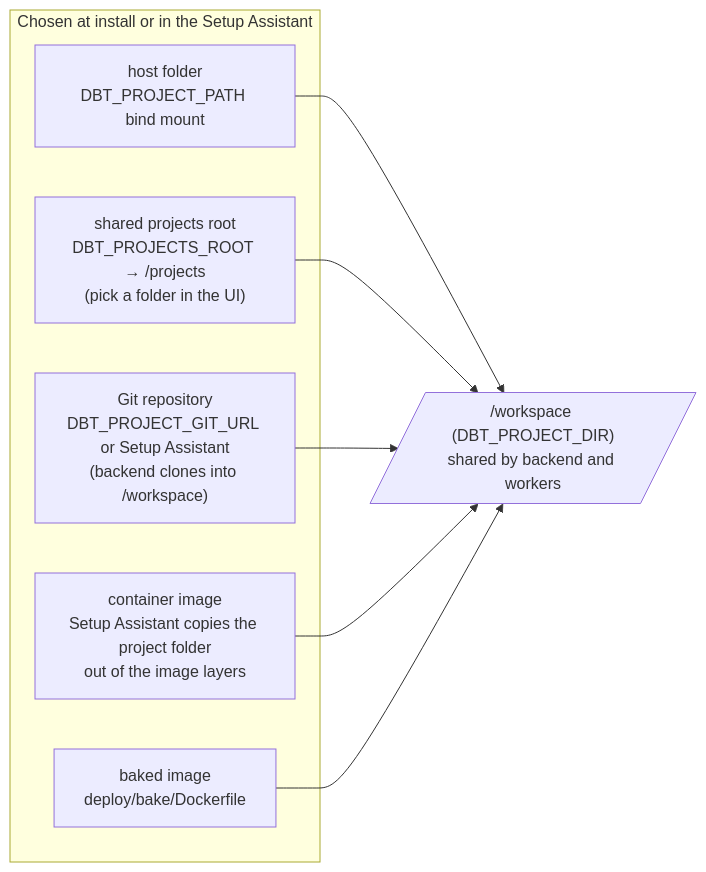
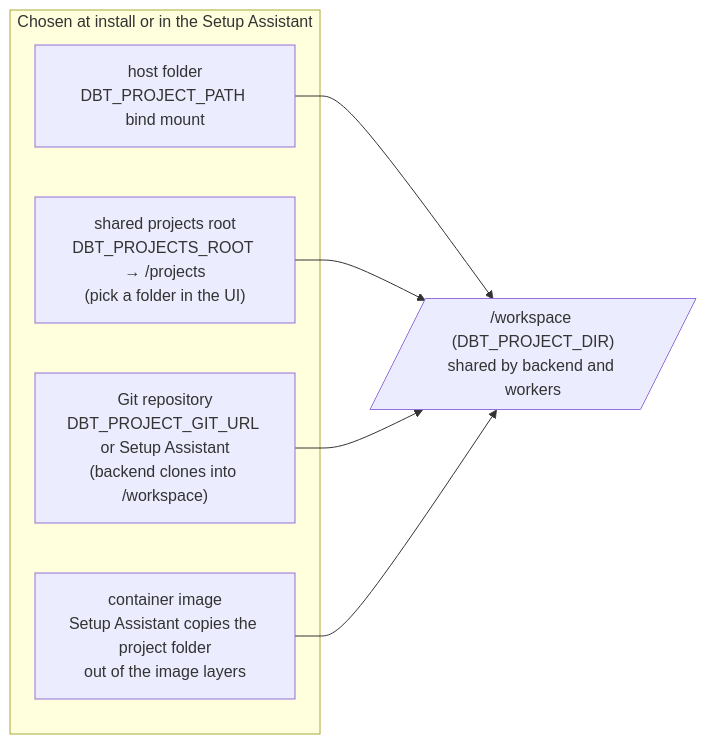
The sixth of 8 diagrams in docs/DEVELOPER_GUIDE.md (omaryehia015/capgemini-dbt-portal-deploy), drawn with Mermaid before and after one commit. The commit also changed other lines of this file and 88 other files, not shown here.

Commit message:
Add client install modes, Helm chart, OCI chart and release automation

````diff
--- a/docs/DEVELOPER_GUIDE.md
+++ b/docs/DEVELOPER_GUIDE.md
@@ -153,12 +195,10 @@
 ```mermaid
 flowchart LR
   subgraph sources["Chosen at install or in the Setup Assistant"]
     A["host folder<br/>DBT_PROJECT_PATH bind mount"]
     B["shared projects root<br/>DBT_PROJECTS_ROOT → /projects<br/>(pick a folder in the UI)"]
     C["Git repository<br/>DBT_PROJECT_GIT_URL or Setup Assistant<br/>(backend clones into /workspace)"]
     D["container image<br/>Setup Assistant copies the project folder<br/>out of the image layers"]
-    E["baked image<br/>deploy/bake/Dockerfile"]
   end
   A & B & C & D --> WS[/"/workspace (DBT_PROJECT_DIR)<br/>shared by backend and workers"/]
-  E --> WS
 ```
````
